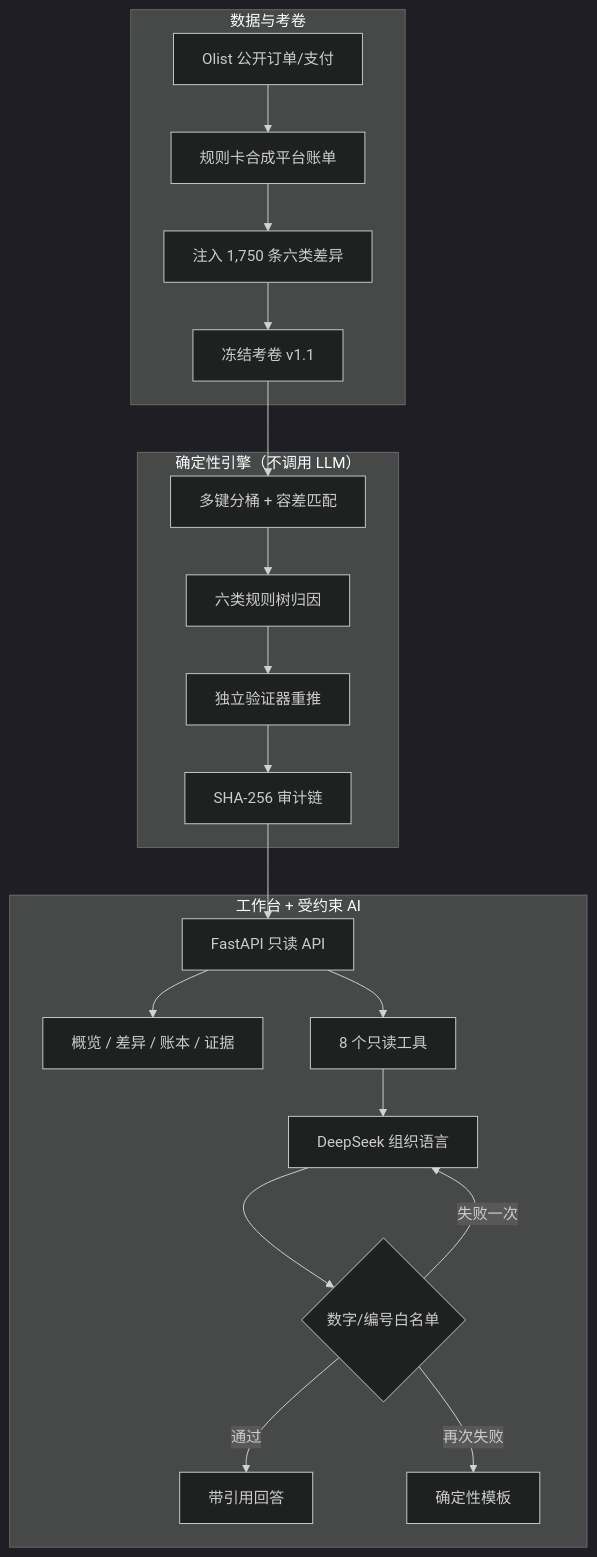
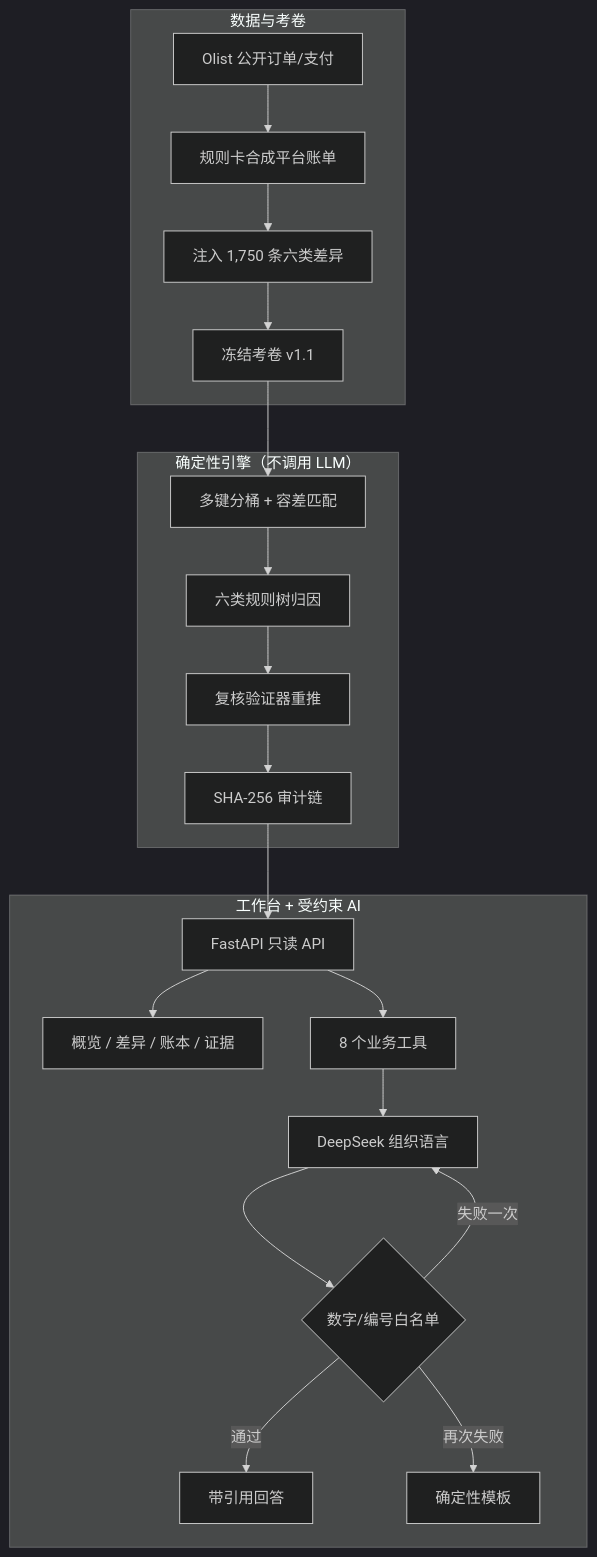
The diagram in README.md (TheSKY-3/ecom-settlement-recon), drawn with Mermaid (dark theme) before and after one commit. The commit also changed other lines of this file and 9 other files, not shown here.

````diff
--- a/README.md
+++ b/README.md
@@ -128,26 +135,26 @@
 ```mermaid
 flowchart TB
     subgraph DATA["数据与考卷"]
         A["Olist 公开订单/支付"] --> B["规则卡合成平台账单"]
         B --> C["注入 1,750 条六类差异"]
         C --> D["冻结考卷 v1.1"]
     end
 
     subgraph ENGINE["确定性引擎（不调用 LLM）"]
         D --> E["多键分桶 + 容差匹配"]
         E --> F["六类规则树归因"]
-        F --> G["独立验证器重推"]
+        F --> G["复核验证器重推"]
         G --> H["SHA-256 审计链"]
     end
 
     subgraph APP["工作台 + 受约束 AI"]
         H --> I["FastAPI 只读 API"]
         I --> J["概览 / 差异 / 账本 / 证据"]
-        I --> K["8 个只读工具"]
+        I --> K["8 个业务工具"]
         K --> L["DeepSeek 组织语言"]
         L --> M{"数字/编号白名单"}
         M -->|通过| N["带引用回答"]
         M -->|失败一次| L
         M -->|再次失败| O["确定性模板"]
     end
 ```
````
